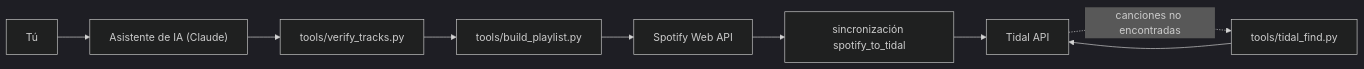
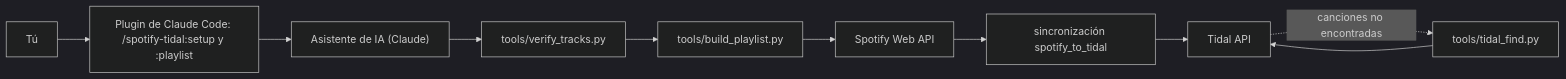
The first of 3 diagrams in README.es.md (Nicolas6879/spotify_to_tidal), drawn with Mermaid (dark theme) before and after one commit. The commit also changed other lines of this file and 1 other file, not shown here.

First line of the commit message:
Present the Claude Code plugin in the readme

````diff
--- a/README.es.md
+++ b/README.es.md
@@ -55,11 +95,12 @@
 ```mermaid
 flowchart LR
-    U["Tú"] --> AI["Asistente de IA (Claude)"]
+    U["Tú"] --> P["Plugin de Claude Code: /spotify-tidal:setup y :playlist"]
+    P --> AI["Asistente de IA (Claude)"]
     AI --> V["tools/verify_tracks.py"]
     V --> B["tools/build_playlist.py"]
     B --> SP["Spotify Web API"]
     SP --> S["sincronización spotify_to_tidal"]
     S --> T["Tidal API"]
     T -. "canciones no encontradas" .-> F["tools/tidal_find.py"]
     F --> T
 ```
````
